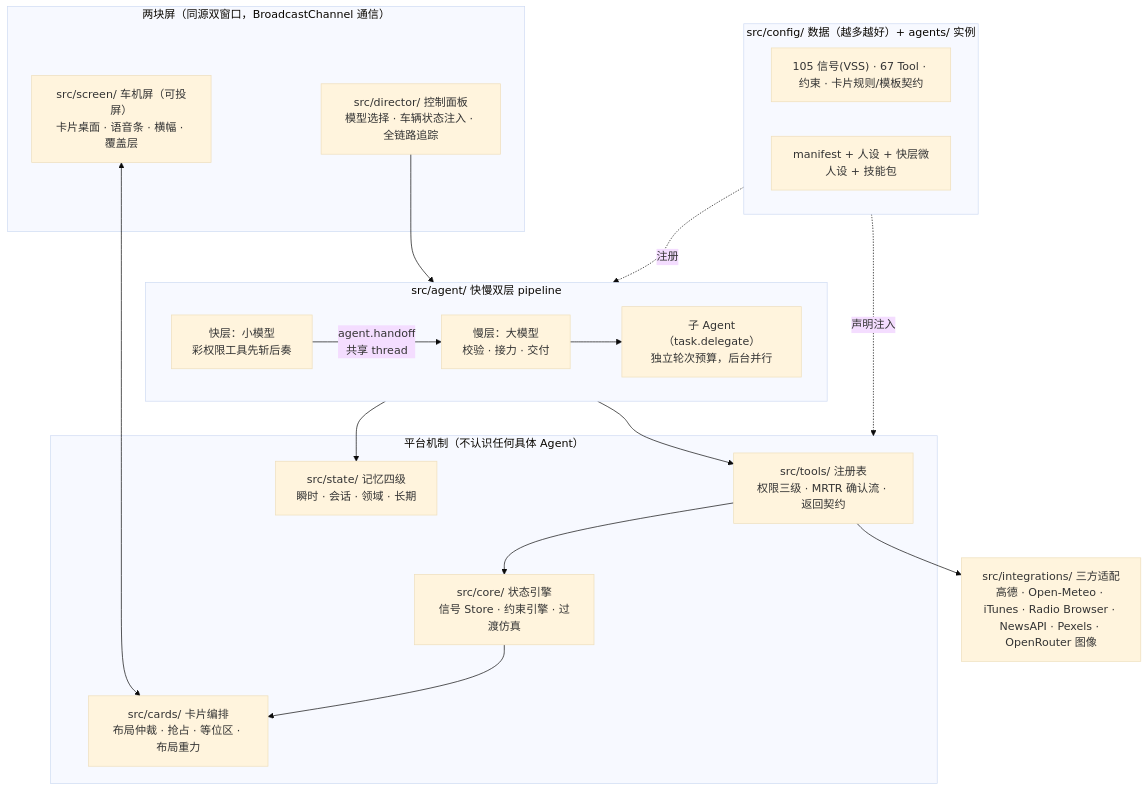
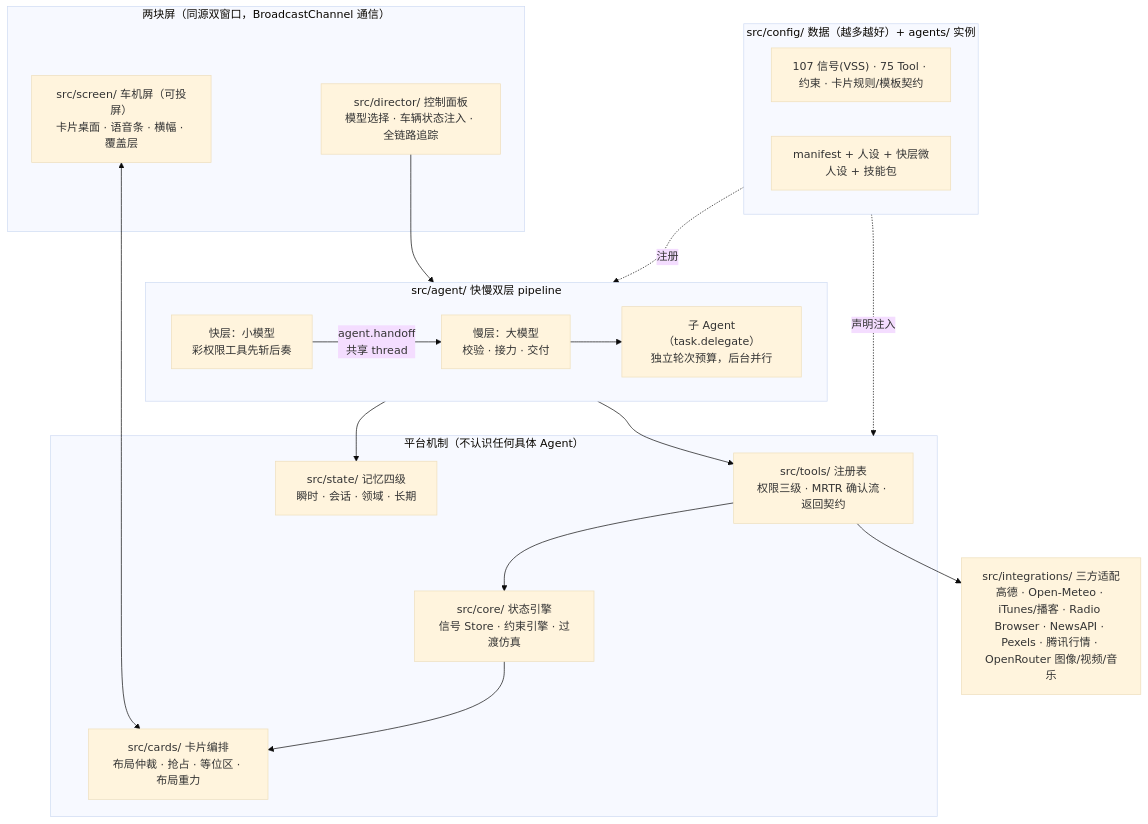
One commit to yancent-dao/cockpit-agent-sim changed the diagram in README.md. Above: the diagram before and after it, drawn with Mermaid (base theme). The commit also changed other lines of this file and 10 other files, not shown here.

First line of the commit message:
OpenRouter 白捡批：搜索降价 7 倍 + AI 视频/音乐生成（73→75 Tools）

````diff
--- a/README.md
+++ b/README.md
@@ -46,33 +46,33 @@
 ```mermaid
 flowchart TB
     subgraph UI["两块屏（同源双窗口，BroadcastChannel 通信）"]
         director["src/director/ 控制面板<br/>模型选择 · 车辆状态注入 · 全链路追踪"]
         screen["src/screen/ 车机屏（可投屏）<br/>卡片桌面 · 语音条 · 横幅 · 覆盖层"]
     end
     subgraph AGENT["src/agent/ 快慢双层 pipeline"]
         fast["快层：小模型<br/>彩权限工具先斩后奏"]
         slow["慢层：大模型<br/>校验 · 接力 · 交付"]
         sub["子 Agent（task.delegate）<br/>独立轮次预算，后台并行"]
         fast -- "agent.handoff<br/>共享 thread" --> slow
         slow --> sub
     end
     subgraph PLATFORM["平台机制（不认识任何具体 Agent）"]
         tools["src/tools/ 注册表<br/>权限三级 · MRTR 确认流 · 返回契约"]
         core["src/core/ 状态引擎<br/>信号 Store · 约束引擎 · 过渡仿真"]
         cards["src/cards/ 卡片编排<br/>布局仲裁 · 抢占 · 等位区 · 布局重力"]
         state["src/state/ 记忆四级<br/>瞬时 · 会话 · 领域 · 长期"]
     end
     subgraph DATA["src/config/ 数据（越多越好）+ agents/ 实例"]
-        config["105 信号(VSS) · 67 Tool · 约束 · 卡片规则/模板契约"]
+        config["107 信号(VSS) · 75 Tool · 约束 · 卡片规则/模板契约"]
         manifest["manifest + 人设 + 快层微人设 + 技能包"]
     end
-    integrations["src/integrations/ 三方适配<br/>高德 · Open-Meteo · iTunes · Radio Browser · NewsAPI · Pexels · OpenRouter 图像"]
+    integrations["src/integrations/ 三方适配<br/>高德 · Open-Meteo · iTunes/播客 · Radio Browser · NewsAPI · Pexels · 腾讯行情 · OpenRouter 图像/视频/音乐"]
 
     director --> AGENT
     screen <--> cards
     AGENT --> tools --> core --> cards
     tools --> integrations
     AGENT --> state
     DATA -.声明注入.-> PLATFORM
     DATA -.注册.-> AGENT
 ```
````
